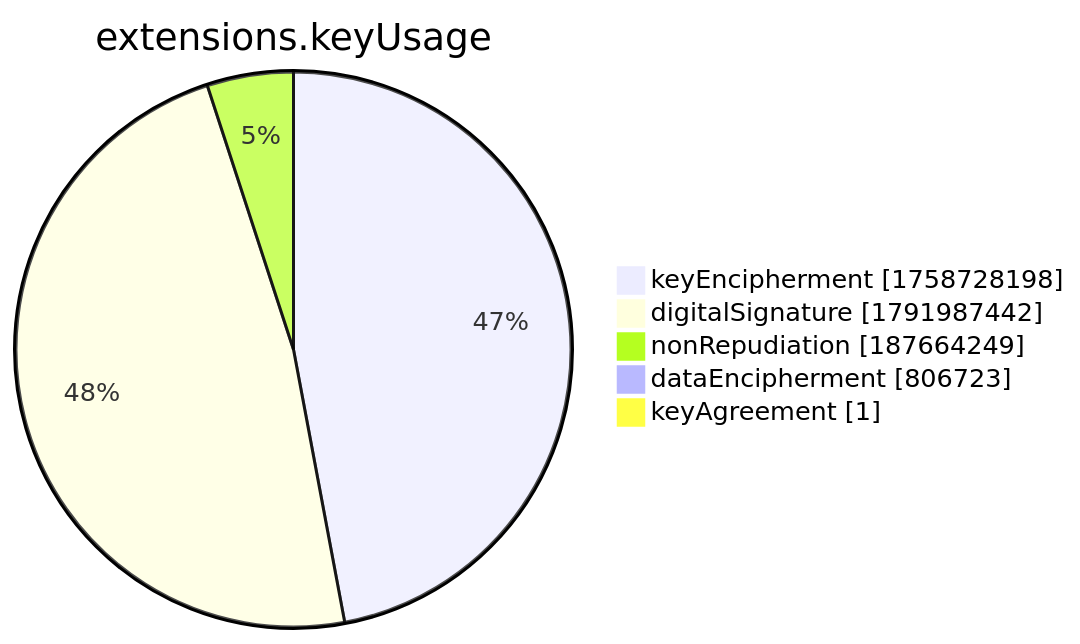
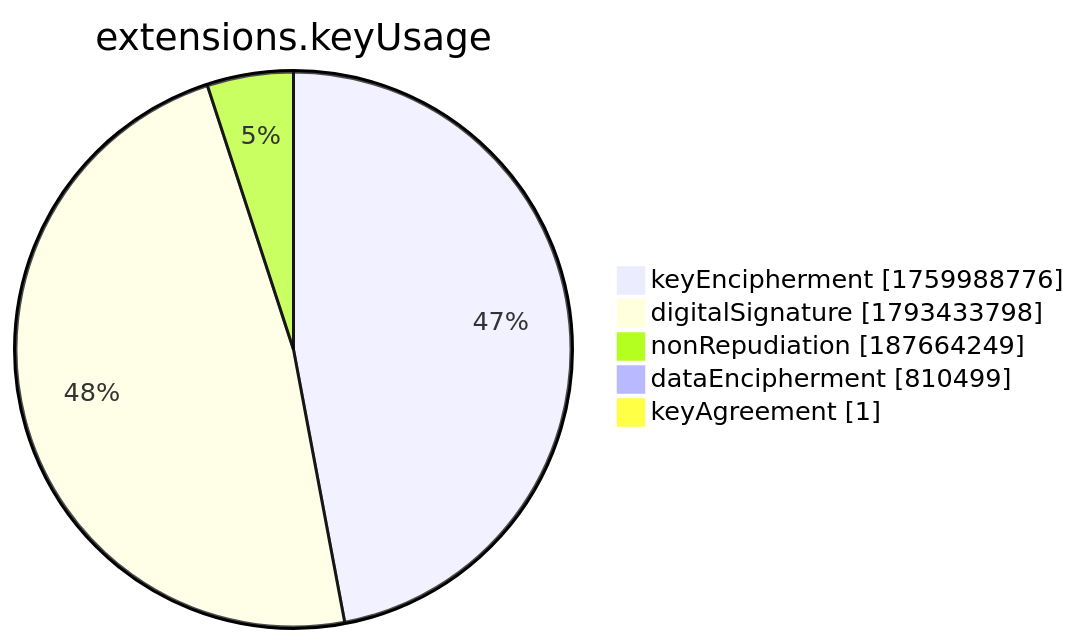
The seventh of 15 diagrams in xenon2022/README.md (christiankrug/ctmonitor_visualization), drawn with Mermaid before and after one commit. The commit also changed other lines of this file, not shown here.

````diff
--- a/xenon2022/README.md
+++ b/xenon2022/README.md
@@ -2859,9 +2859,9 @@
 ```mermaid
 pie showData
 title extensions.keyUsage
-"keyEncipherment" :1758728198
-"digitalSignature" :1791987442
+"keyEncipherment" :1759988776
+"digitalSignature" :1793433798
 "nonRepudiation" :187664249
-"dataEncipherment" :806723
+"dataEncipherment" :810499
 "keyAgreement" :1
 ```
````
